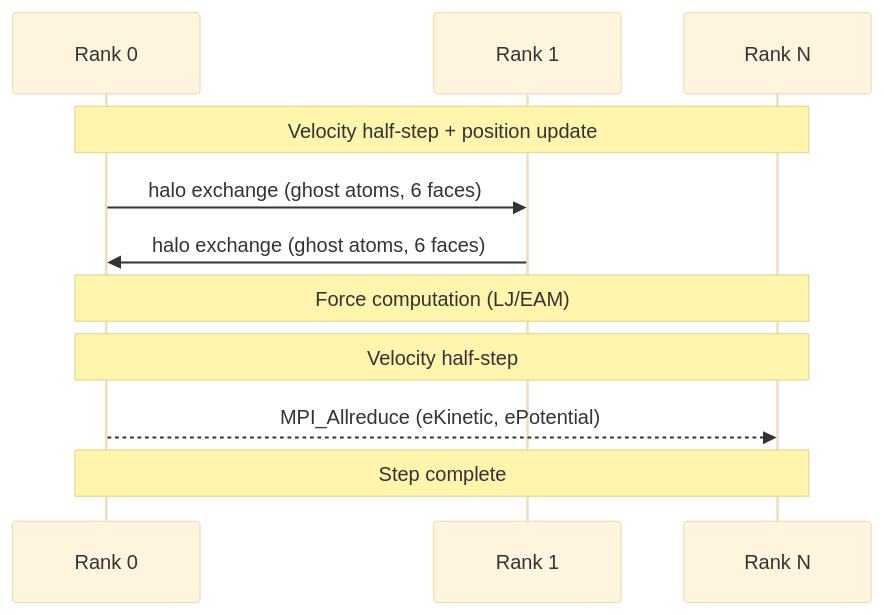
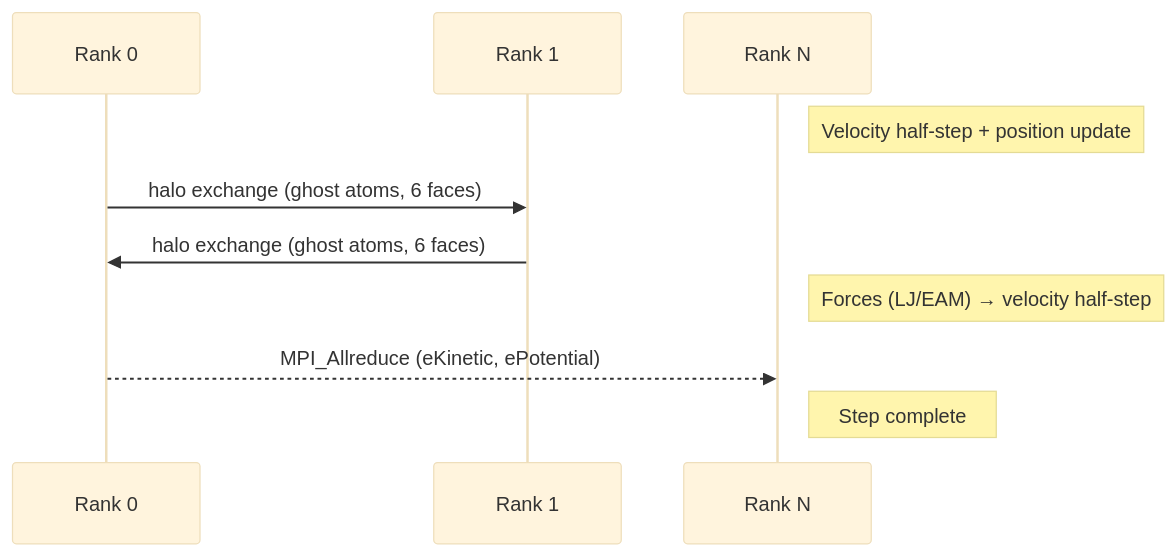
The second of 3 diagrams in tests/apps/docs/CoMD/README.md (ngduchai/guard-agent), drawn with Mermaid (base theme) before and after one commit. The commit also changed other lines of this file and 43 other files, not shown here.

````diff
--- a/tests/apps/docs/CoMD/README.md
+++ b/tests/apps/docs/CoMD/README.md
@@ -109,14 +109,13 @@
 ```mermaid
 sequenceDiagram
     participant R0 as Rank 0
     participant R1 as Rank 1
     participant RN as Rank N
 
-    Note over R0,RN: Velocity half-step + position update
+    Note right of RN: Velocity half-step + position update
     R0->>R1: halo exchange (ghost atoms, 6 faces)
     R1->>R0: halo exchange (ghost atoms, 6 faces)
-    Note over R0,RN: Force computation (LJ/EAM)
-    Note over R0,RN: Velocity half-step
+    Note right of RN: Forces (LJ/EAM) → velocity half-step
     R0-->>RN: MPI_Allreduce (eKinetic, ePotential)
-    Note over R0,RN: Step complete
+    Note right of RN: Step complete
 ```
````
